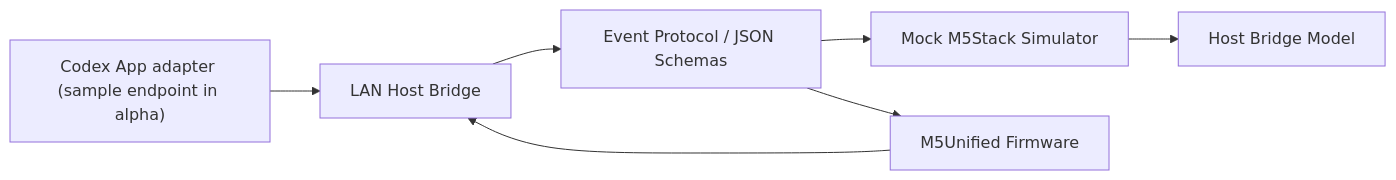
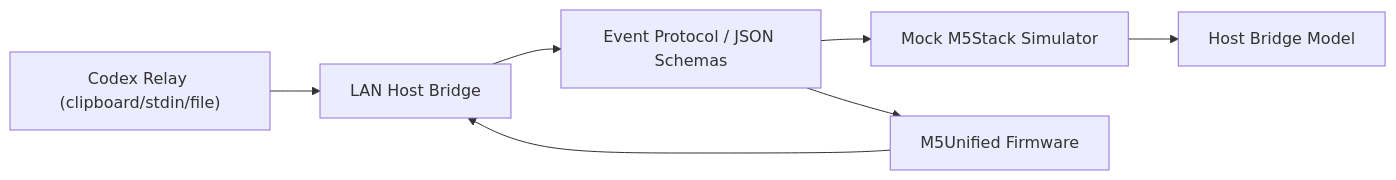
The diagram in docs/architecture.md (Sunmax0731/m5stack-codex-pet-notifier), drawn with Mermaid before and after one commit. The commit also changed other lines of this file and 34 other files, not shown here.

Commit message:
Add alpha3 Codex relay and Core2 touch flow

````diff
--- a/docs/architecture.md
+++ b/docs/architecture.md
@@ -3,9 +3,9 @@
 ```mermaid
 flowchart LR
-  Codex["Codex App adapter (sample endpoint in alpha)"] --> Bridge["LAN Host Bridge"]
+  Codex["Codex Relay (clipboard/stdin/file)"] --> Bridge["LAN Host Bridge"]
   Bridge --> Protocol["Event Protocol / JSON Schemas"]
   Protocol --> Simulator["Mock M5Stack Simulator"]
   Protocol --> Firmware["M5Unified Firmware"]
   Simulator --> Model["Host Bridge Model"]
   Firmware --> Bridge
 ```
````
